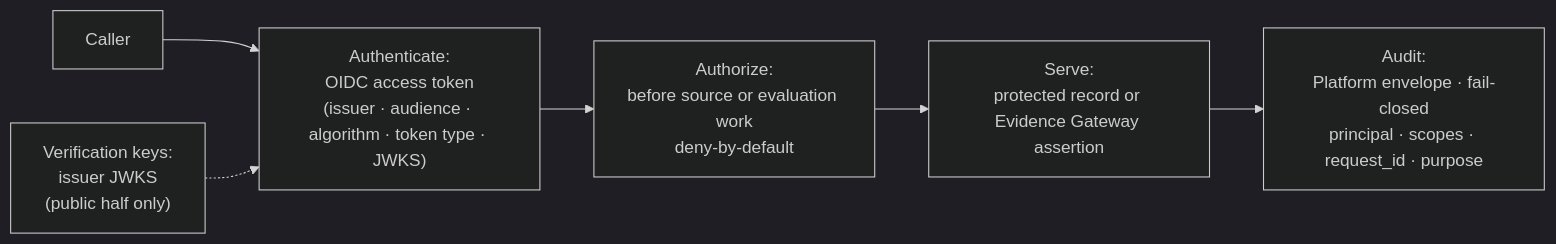
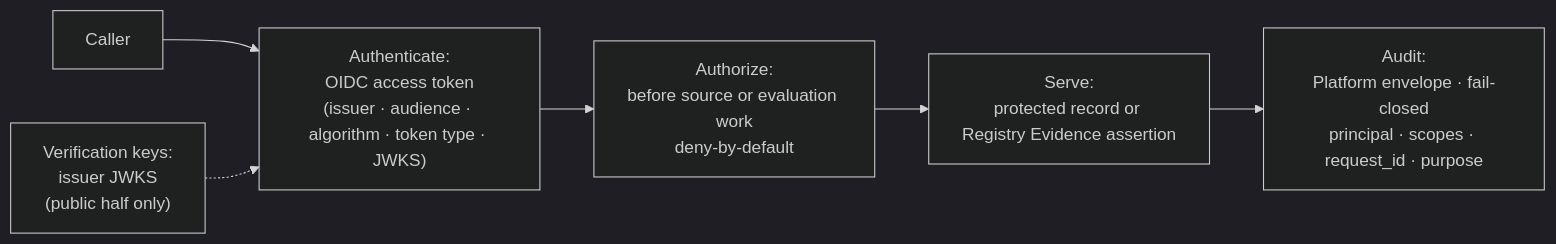
The diagram in docs/site/src/content/docs/spec/rs-sec-g.mdx (registrystack/registry-stack), drawn with Mermaid (dark theme) before and after one commit. The commit also changed other lines of this file and 160 other files, not shown here.

````diff
--- a/docs/site/src/content/docs/spec/rs-sec-g.mdx
+++ b/docs/site/src/content/docs/spec/rs-sec-g.mdx
@@ -79,10 +79,10 @@
 ```mermaid
 flowchart LR
     caller["Caller"]
     authn["Authenticate:<br/>OIDC access token<br/>(issuer · audience · algorithm · token type · JWKS)"]
     authz["Authorize:<br/>before source or evaluation work<br/>deny-by-default"]
-    serve["Serve:<br/>protected record or Evidence Gateway assertion"]
+    serve["Serve:<br/>protected record or Registry Evidence assertion"]
     audit["Audit:<br/>Platform envelope · fail-closed<br/>principal · scopes · request_id · purpose"]
     caller --> authn --> authz --> serve --> audit
     keys["Verification keys:<br/>issuer JWKS<br/>(public half only)"] -.-> authn
 ```
````
